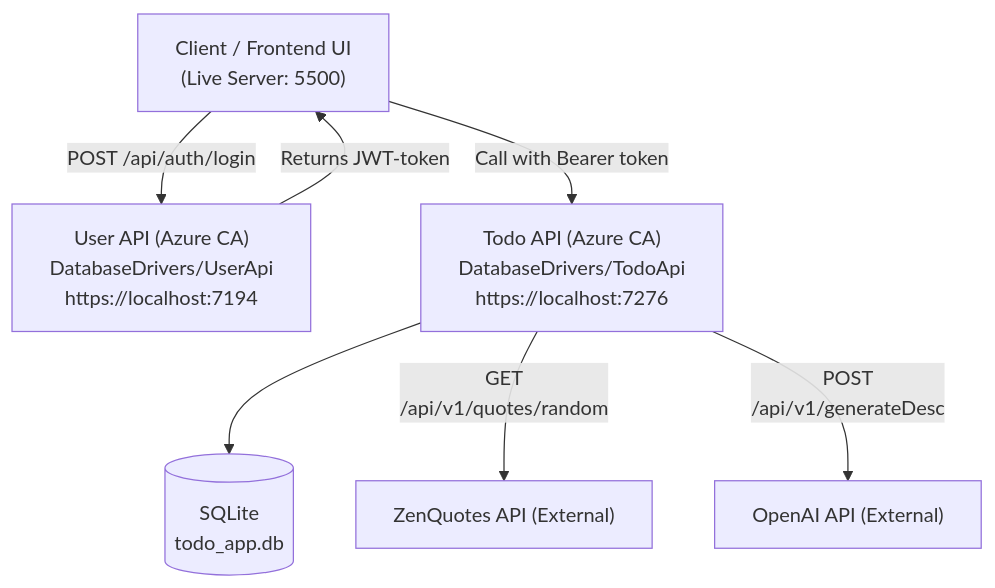
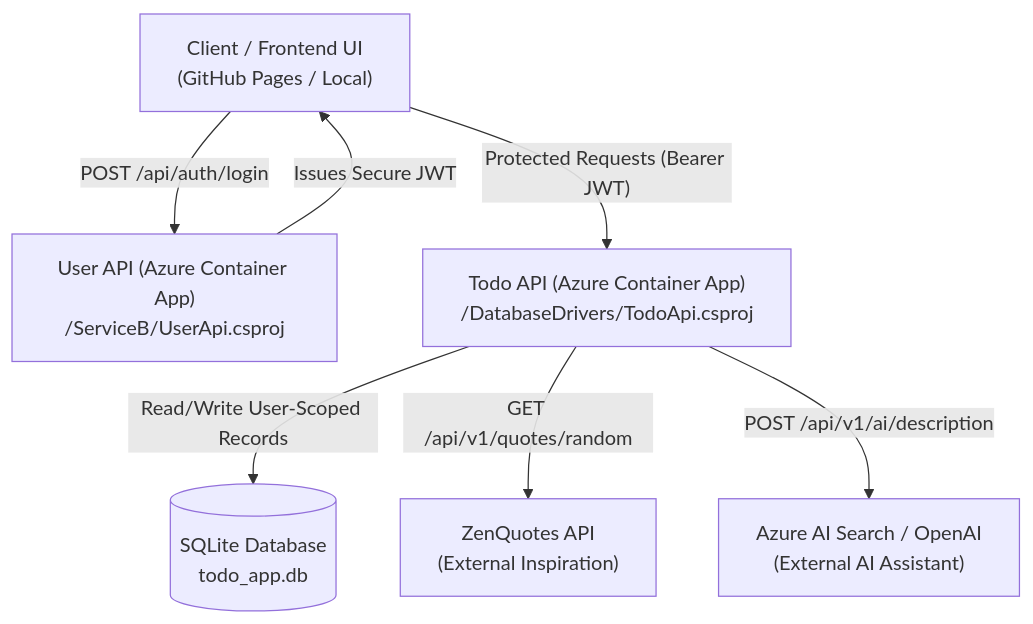
The diagram in README.md (RoffeRuff42/DatabaseDrivers), drawn with Mermaid before and after one commit. The commit also changed other lines of this file, not shown here.

````diff
--- a/README.md
+++ b/README.md
@@ -12,17 +15,17 @@
 ```mermaid
 graph TD
-    Client["Client / Frontend UI<br/>(Live Server: 5500)"]
-    UserApi["User API (Azure CA)<br/>DatabaseDrivers/UserApi<br/>https://localhost:7194"]
-    TodoApi["Todo API (Azure CA)<br/>DatabaseDrivers/TodoApi<br/>https://localhost:7276"]
-    SQLite[("SQLite<br/>todo_app.db")]
-    ZenQuotes["ZenQuotes API (External)"]
-    OpenAI["OpenAI API (External)"]
+    Client["Client / Frontend UI<br/>(GitHub Pages / Local)"]
+    UserApi["User API (Azure Container App)<br/>/ServiceB/UserApi.csproj"]
+    TodoApi["Todo API (Azure Container App)<br/>/DatabaseDrivers/TodoApi.csproj"]
+    SQLite[("SQLite Database<br/>todo_app.db")]
+    ZenQuotes["ZenQuotes API<br/>(External Inspiration)"]
+    AzureAI["Azure AI Search / OpenAI<br/>(External AI Assistant)"]
 
     Client -->|"POST /api/auth/login"| UserApi
-    UserApi -->|"Returns JWT-token"| Client
-    Client -->|"Call with Bearer token"| TodoApi
+    UserApi -->|"Issues Secure JWT"| Client
+    Client -->|"Protected Requests (Bearer JWT)"| TodoApi
     
-    TodoApi --> SQLite
-    TodoApi -->|"GET <br/>/api/v1/quotes/random"| ZenQuotes
-    TodoApi -->|"POST <br/>/api/v1/generateDesc"| OpenAI
+    TodoApi -->|"Read/Write User-Scoped Records"| SQLite
+    TodoApi -->|"GET /api/v1/quotes/random"| ZenQuotes
+    TodoApi -->|"POST /api/v1/ai/description"| AzureAI
 ```
````
